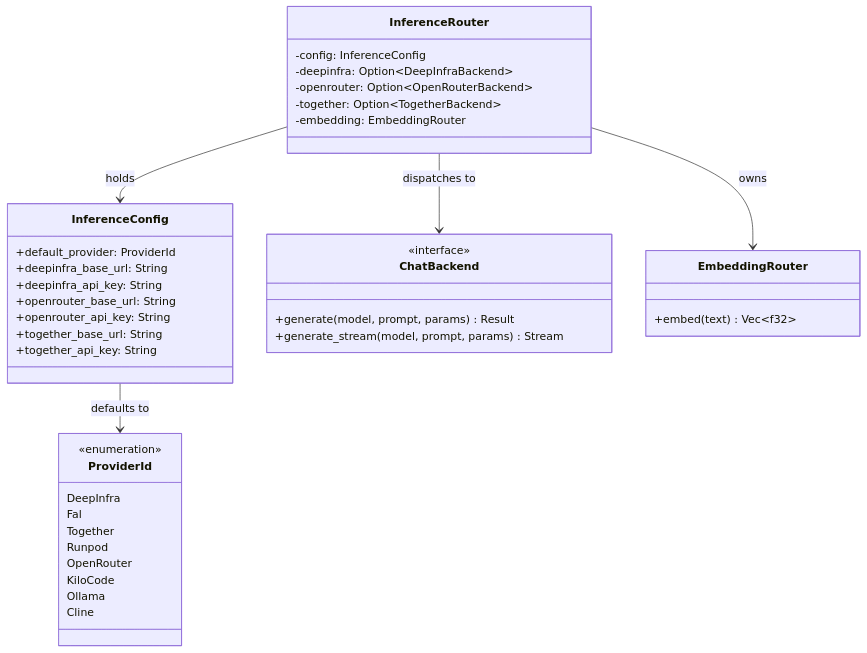
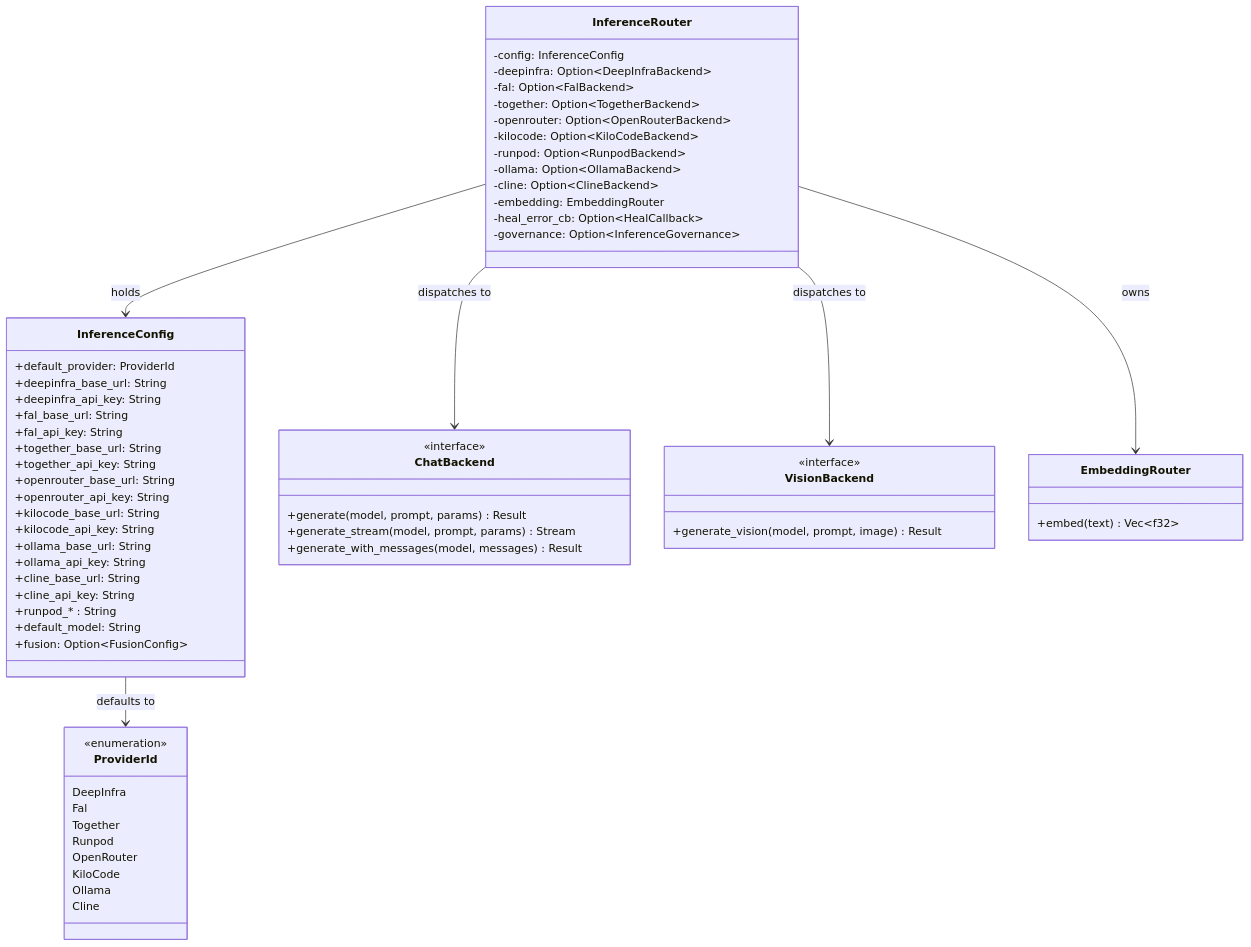
One commit to mdz-axo/zed-kask changed the diagram in kask/docs/diataxis/hkask-inference/reference.md. Above: the diagram before and after it, drawn with Mermaid. The commit also changed other lines of this file and 16 other files, not shown here.

````diff
--- a/kask/docs/diataxis/hkask-inference/reference.md
+++ b/kask/docs/diataxis/hkask-inference/reference.md
@@ -44,43 +50,67 @@
 ```mermaid
 classDiagram
     class ProviderId {
         <<enumeration>>
         DeepInfra
         Fal
         Together
         Runpod
         OpenRouter
         KiloCode
         Ollama
         Cline
     }
     class InferenceConfig {
         +default_provider: ProviderId
         +deepinfra_base_url: String
         +deepinfra_api_key: String
+        +fal_base_url: String
+        +fal_api_key: String
+        +together_base_url: String
+        +together_api_key: String
         +openrouter_base_url: String
         +openrouter_api_key: String
-        +together_base_url: String
-        +together_api_key: String
+        +kilocode_base_url: String
+        +kilocode_api_key: String
+        +ollama_base_url: String
+        +ollama_api_key: String
+        +cline_base_url: String
+        +cline_api_key: String
+        +runpod_* : String
+        +default_model: String
+        +fusion: Option~FusionConfig~
     }
     class InferenceRouter {
         -config: InferenceConfig
         -deepinfra: Option~DeepInfraBackend~
+        -fal: Option~FalBackend~
+        -together: Option~TogetherBackend~
         -openrouter: Option~OpenRouterBackend~
-        -together: Option~TogetherBackend~
+        -kilocode: Option~KiloCodeBackend~
+        -runpod: Option~RunpodBackend~
+        -ollama: Option~OllamaBackend~
+        -cline: Option~ClineBackend~
         -embedding: EmbeddingRouter
+        -heal_error_cb: Option~HealCallback~
+        -governance: Option~InferenceGovernance~
     }
     class ChatBackend {
         <<interface>>
         +generate(model, prompt, params) Result
         +generate_stream(model, prompt, params) Stream
+        +generate_with_messages(model, messages) Result
+    }
+    class VisionBackend {
+        <<interface>>
+        +generate_vision(model, prompt, image) Result
     }
     class EmbeddingRouter {
         +embed(text) Vec~f32~
     }
 
     InferenceRouter --> InferenceConfig : holds
     InferenceRouter --> ChatBackend : dispatches to
+    InferenceRouter --> VisionBackend : dispatches to
     InferenceRouter --> EmbeddingRouter : owns
     InferenceConfig --> ProviderId : defaults to
 ```
````
